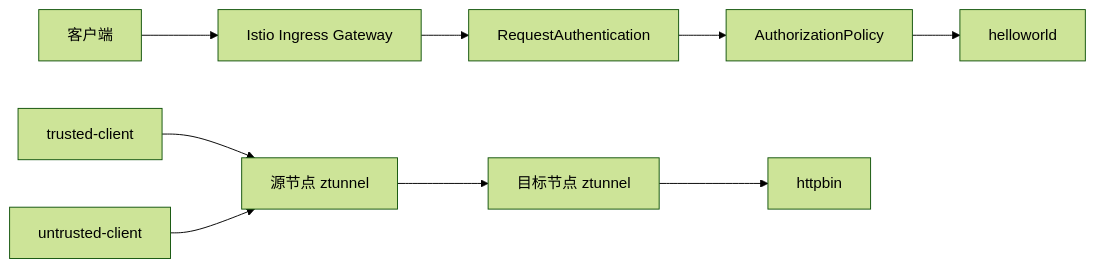
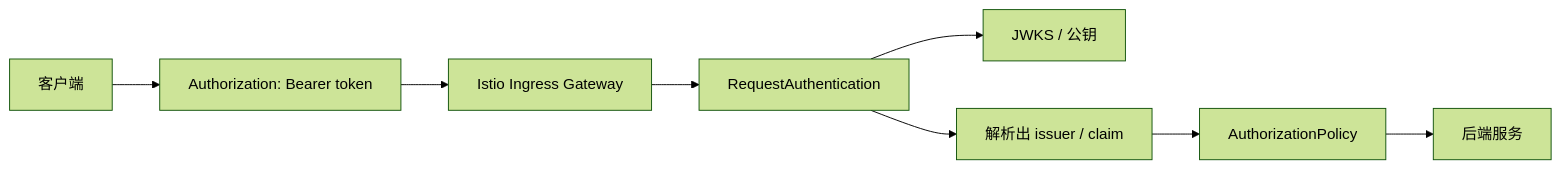
Before and after one commit to hwang-protocol/docker_k8s_2026: the first of 3 diagrams in k8s/05-security-and-zero-trust/docs/05_enable_jwt_and_mesh_security.md, drawn with Mermaid (forest theme). The commit also changed other lines of this file, not shown here.

````diff
--- a/k8s/05-security-and-zero-trust/docs/05_enable_jwt_and_mesh_security.md
+++ b/k8s/05-security-and-zero-trust/docs/05_enable_jwt_and_mesh_security.md
@@ -23,12 +96,10 @@
 ```mermaid
 flowchart LR
-    client[客户端] --> ingress[Istio Ingress Gateway]
+    client[客户端] --> header[Authorization: Bearer token]
+    header --> ingress[Istio Ingress Gateway]
     ingress --> reqAuth[RequestAuthentication]
-    reqAuth --> authz[AuthorizationPolicy]
-    authz --> helloSvc[helloworld]
-
-    trusted[trusted-client] --> ztunnelA[源节点 ztunnel]
-    untrusted[untrusted-client] --> ztunnelA
-    ztunnelA --> ztunnelB[目标节点 ztunnel]
-    ztunnelB --> httpbinSvc[httpbin]
+    reqAuth --> jwks[JWKS / 公钥]
+    reqAuth --> claims[解析出 issuer / claim]
+    claims --> authz[AuthorizationPolicy]
+    authz --> backend[后端服务]
 ```
````
